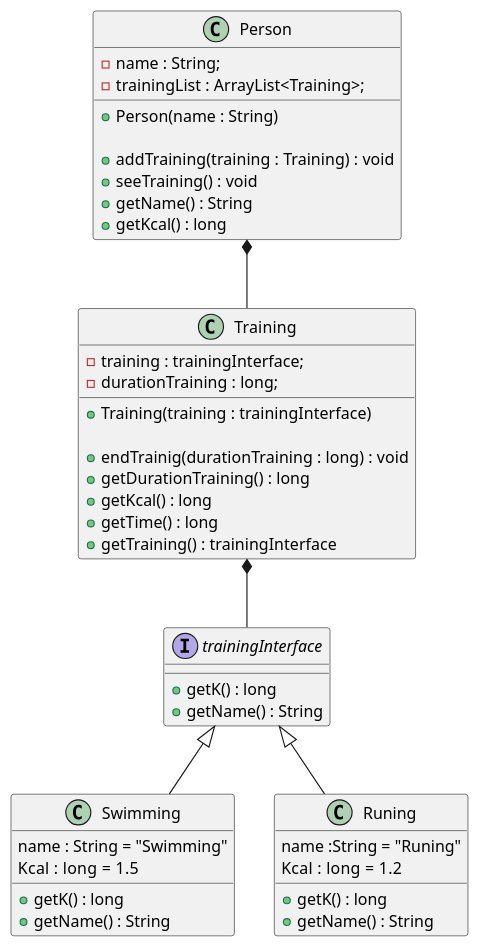
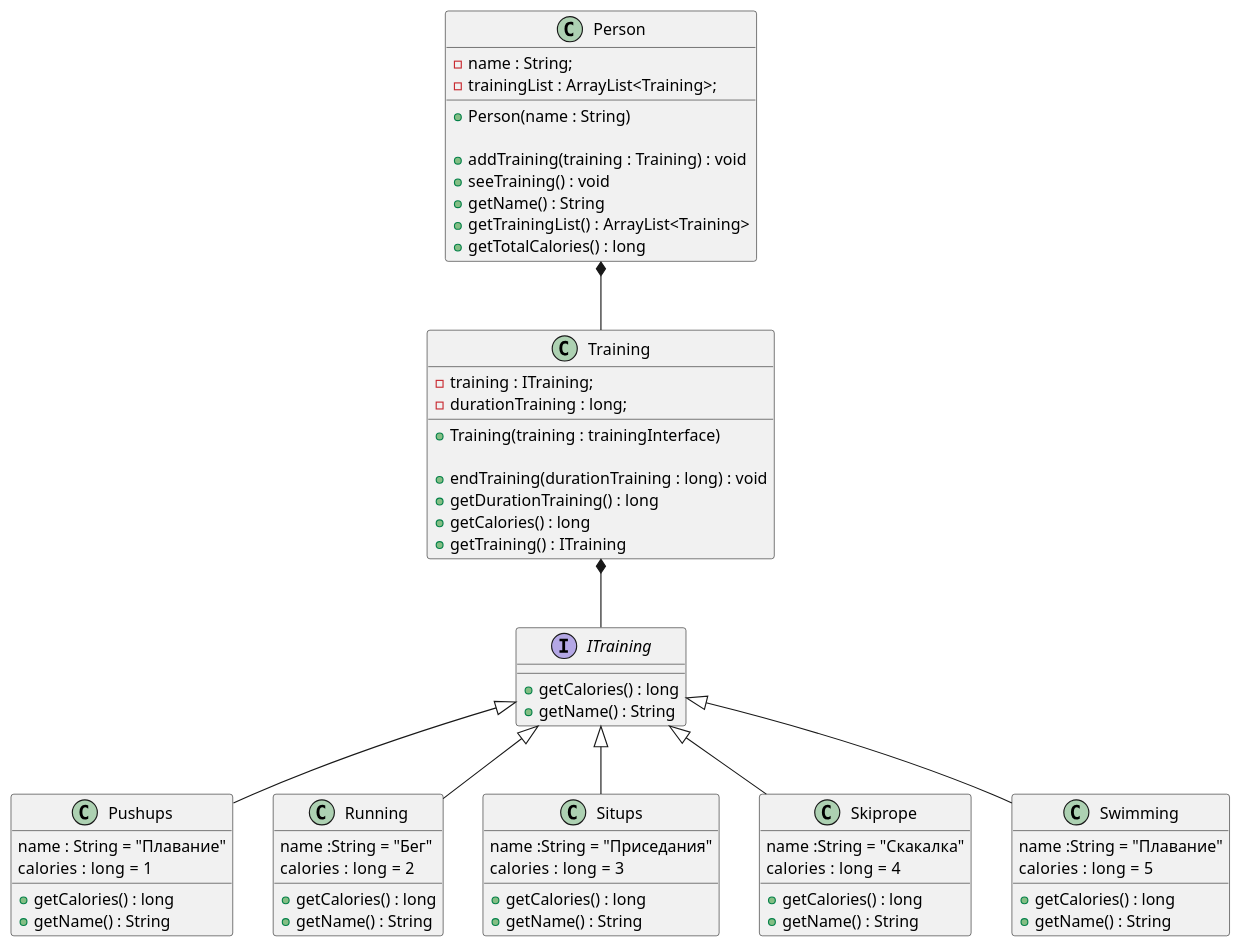
One commit to danqura/JavaThings changed the diagram in src/main/java/fitnessTracker/Diagram/classDiagram.puml. Above: the diagram before and after it, drawn with PlantUML. The commit also changed 19 other files, not shown here.

```diff
--- a/src/main/java/fitnessTracker/Diagram/classDiagram.puml
+++ b/src/main/java/fitnessTracker/Diagram/classDiagram.puml
@@ -1,51 +1,72 @@
 @startuml
 
 Person *-- Training
-trainingInterface <|-- Swimming
-trainingInterface <|-- Runing
-Training *-- trainingInterface
+ITraining <|-- Pushups
+ITraining <|-- Running
+ITraining <|-- Situps
+ITraining <|-- Skiprope
+ITraining <|-- Swimming
+Training *-- ITraining
 
 class Person {
     -name : String;
     -trainingList : ArrayList<Training>;
 
     +Person(name : String)
 
     +addTraining(training : Training) : void
     +seeTraining() : void
     +getName() : String
-    +getKcal() : long
+    +getTrainingList() : ArrayList<Training>
+    +getTotalCalories() : long
 }
 
 class Training{
-    -training : trainingInterface;
+    -training : ITraining;
     -durationTraining : long;
 
     +Training(training : trainingInterface)
 
-    +endTrainig(durationTraining : long) : void
+    +endTraining(durationTraining : long) : void
     +getDurationTraining() : long
-    +getKcal() : long
-    +getTime() : long
-    +getTraining() : trainingInterface
+    +getCalories() : long
+    +getTraining() : ITraining
 }
 
-interface trainingInterface{
-    +getK() : long
+interface ITraining{
+    +getCalories() : long
     +getName() : String
 }
 
-class Swimming{
-    name : String = "Swimming"
-    Kcal : long =  1.5
-    +getK() : long
+class Pushups{
+    name : String = "Плавание"
+    calories : long =  1
+    +getCalories() : long
     +getName() : String
 }
 
-class Runing{
-    name :String = "Runing"
-    Kcal : long =  1.2
-    +getK() : long
+class Running{
+    name :String = "Бег"
+    calories : long =  2
+    +getCalories() : long
+    +getName() : String
+}
+class Situps{
+    name :String = "Приседания"
+    calories : long =  3
+    +getCalories() : long
+    +getName() : String
+}
+class Skiprope{
+    name :String = "Скакалка"
+    calories : long =  4
+    +getCalories() : long
+    +getName() : String
+}
+class Swimming{
+    name :String = "Плавание"
+    calories : long =  5
+    +getCalories() : long
     +getName() : String
 }
 @enduml
```
